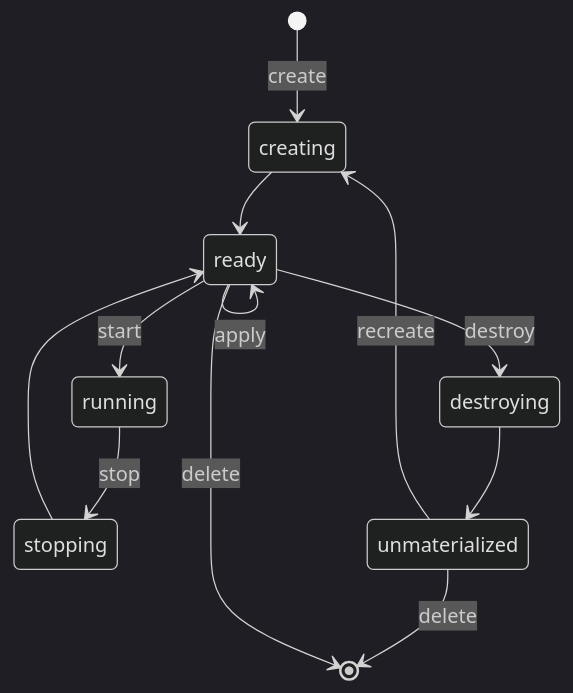
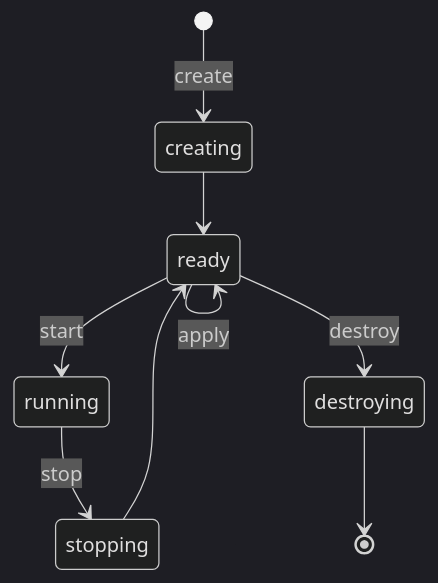
The diagram in docs/instance-model.md (ferroteca/reliquary), drawn with Mermaid (dark theme) before and after one commit. The commit also changed other lines of this file and 4 other files, not shown here.

````diff
--- a/docs/instance-model.md
+++ b/docs/instance-model.md
@@ -53,14 +54,11 @@
 ```mermaid
 stateDiagram-v2
     [*] --> creating: create
     creating --> ready
     ready --> running: start
     running --> stopping: stop
     stopping --> ready
     ready --> ready: apply
     ready --> destroying: destroy
-    destroying --> unmaterialized
-    unmaterialized --> creating: recreate
-    unmaterialized --> [*]: delete
-    ready --> [*]: delete
+    destroying --> [*]
 ```
````
